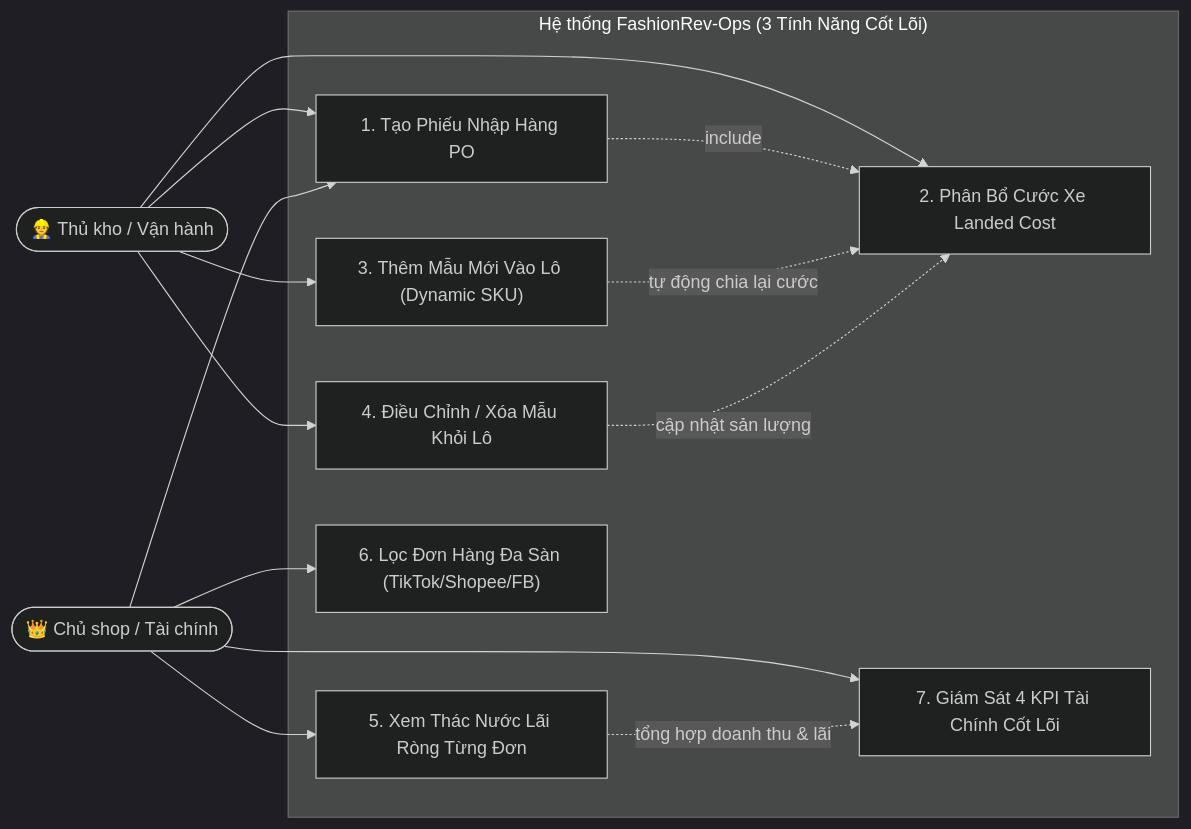
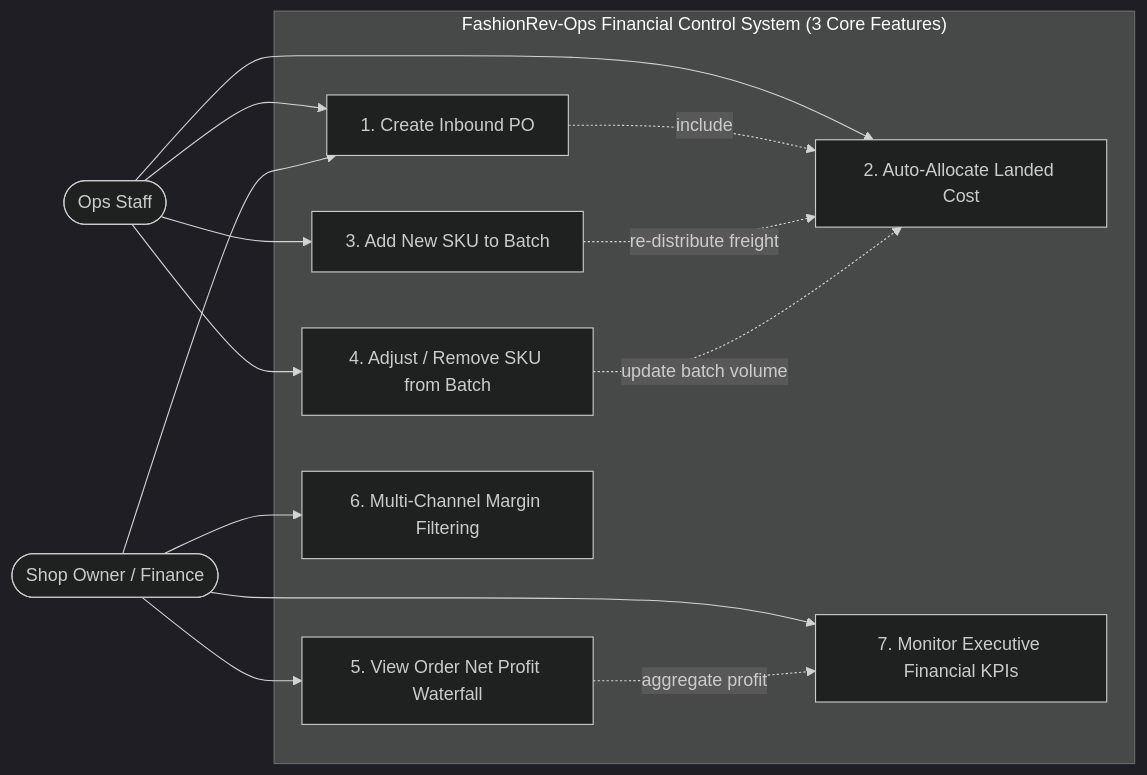
One commit to duchoa0405/Day1_intern_VSF changed the second of 3 diagrams in README.md. Above: the diagram before and after it, drawn with Mermaid (dark theme). The commit also changed other lines of this file and 1 other file, not shown here.

````diff
--- a/README.md
+++ b/README.md
@@ -81,30 +81,30 @@
 ```mermaid
 graph LR
-    UserOps(["👷 Thủ kho / Vận hành"])
-    UserOwner(["👑 Chủ shop / Tài chính"])
+    UserOps([" Ops Staff"])
+    UserOwner([" Shop Owner / Finance"])
 
-    subgraph System ["Hệ thống FashionRev-Ops (3 Tính Năng Cốt Lõi)"]
-        UC1["1. Tạo Phiếu Nhập Hàng PO"]
-        UC2["2. Phân Bổ Cước Xe Landed Cost"]
-        UC3["3. Thêm Mẫu Mới Vào Lô (Dynamic SKU)"]
-        UC4["4. Điều Chỉnh / Xóa Mẫu Khỏi Lô"]
-        UC5["5. Xem Thác Nước Lãi Ròng Từng Đơn"]
-        UC6["6. Lọc Đơn Hàng Đa Sàn (TikTok/Shopee/FB)"]
-        UC7["7. Giám Sát 4 KPI Tài Chính Cốt Lõi"]
+    subgraph System ["FashionRev-Ops Financial Control System (3 Core Features)"]
+        UC1["1. Create Inbound PO"]
+        UC2["2. Auto-Allocate Landed Cost"]
+        UC3["3. Add New SKU to Batch"]
+        UC4["4. Adjust / Remove SKU from Batch"]
+        UC5["5. View Order Net Profit Waterfall"]
+        UC6["6. Multi-Channel Margin Filtering"]
+        UC7["7. Monitor Executive Financial KPIs"]
     end
 
     UserOps --> UC1
     UserOps --> UC2
     UserOps --> UC3
     UserOps --> UC4
 
     UserOwner --> UC1
     UserOwner --> UC5
     UserOwner --> UC6
     UserOwner --> UC7
 
     UC1 -.->|include| UC2
-    UC3 -.->|tự động chia lại cước| UC2
-    UC4 -.->|cập nhật sản lượng| UC2
-    UC5 -.->|tổng hợp doanh thu & lãi| UC7
+    UC3 -.->|re-distribute freight| UC2
+    UC4 -.->|update batch volume| UC2
+    UC5 -.->|aggregate profit| UC7
 ```
````
